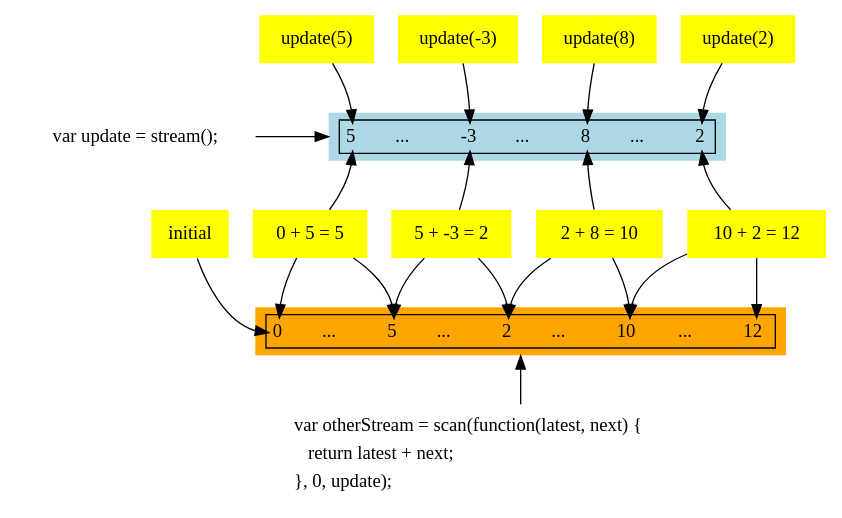
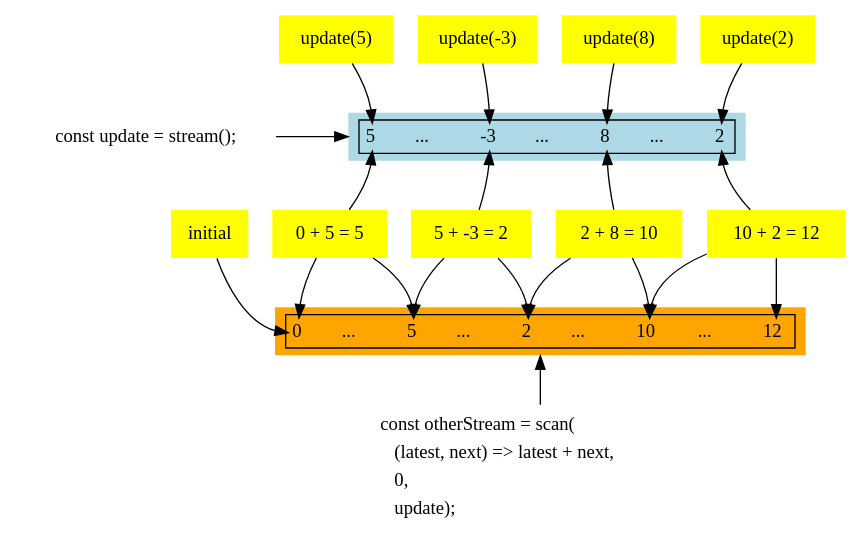
The diagram in tutorial/images/03-streams-03.dot (foxdonut/meiosis), drawn with Graphviz before and after one commit. The commit also changed 28 other files, not shown here.

```diff
--- a/tutorial/images/03-streams-03.dot
+++ b/tutorial/images/03-streams-03.dot
@@ -1,84 +1,87 @@
 digraph meiosistutorial {
-  stream [shape="none", label="var update = stream();"]
+  stream [shape="none", label="const update = stream();"]
 
   updateplus1 [shape="none", style="filled", fillcolor="yellow", label="update(5)"]
   updateplus3 [shape="none", style="filled", fillcolor="yellow", label="update(-3)"]
   updateplus4 [shape="none", style="filled", fillcolor="yellow", label="update(8)"]
   updateplus2 [shape="none", style="filled", fillcolor="yellow", label="update(2)"]
 
   thestream [shape="plaintext", style="filled", fillcolor="lightblue", label=<
     <table border="1">
       <tr>
         <td port="plusone" border="0">5</td>
         <td border="0">&nbsp;&nbsp;&nbsp;&nbsp;&nbsp;&nbsp;...&nbsp;&nbsp;&nbsp;&nbsp;&nbsp;</td>
         <td port="plusthree" border="0">-3</td>
         <td border="0">&nbsp;&nbsp;&nbsp;&nbsp;&nbsp;&nbsp;...&nbsp;&nbsp;&nbsp;&nbsp;&nbsp;</td>
         <td port="plusfour" border="0">8</td>
         <td border="0">&nbsp;&nbsp;&nbsp;&nbsp;&nbsp;&nbsp;...&nbsp;&nbsp;&nbsp;&nbsp;&nbsp;</td>
         <td port="plustwo" border="0">2</td>
       </tr>
     </table>
   >]
 
   scan [shape="plaintext", label=<
     <table border="0">
       <tr>
-        <td align='left'>var otherStream = scan(function(latest, next) {</td>
+        <td align='left'>const otherStream = scan(</td>
       </tr>
       <tr>
-        <td align='left'>    return latest + next;</td>
+        <td align='left'>    (latest, next) =&gt; latest + next,</td>
       </tr>
       <tr>
-        <td align='left'>}, 0, update);</td>
+        <td align='left'>    0,</td>
+      </tr>
+      <tr>
+        <td align='left'>    update);</td>
       </tr>
     </table>
   >]
 
   thescanstream [shape="plaintext", style="filled", fillcolor="orange", label=<
     <table border="1">
       <tr>
         <td border="0" port="initial">0</td>
         <td border="0">&nbsp;&nbsp;&nbsp;&nbsp;&nbsp;&nbsp;...&nbsp;&nbsp;&nbsp;&nbsp;&nbsp;</td>
         <td border="0" port="one">5</td>
         <td border="0">&nbsp;&nbsp;&nbsp;&nbsp;&nbsp;&nbsp;...&nbsp;&nbsp;&nbsp;&nbsp;&nbsp;</td>
         <td border="0" port="four">2</td>
         <td border="0">&nbsp;&nbsp;&nbsp;&nbsp;&nbsp;&nbsp;...&nbsp;&nbsp;&nbsp;&nbsp;&nbsp;</td>
         <td border="0" port="eight">10</td>
         <td border="0">&nbsp;&nbsp;&nbsp;&nbsp;&nbsp;&nbsp;...&nbsp;&nbsp;&nbsp;&nbsp;&nbsp;</td>
         <td border="0" port="ten">12</td>
       </tr>
     </table>
   >]
 
   scan0 [shape="none", style="filled", fillcolor="yellow", label="initial"]
   scan1 [shape="none", style="filled", fillcolor="yellow", label="0 + 5 = 5"]
   scan2 [shape="none", style="filled", fillcolor="yellow", label="5 + -3 = 2"]
   scan3 [shape="none", style="filled", fillcolor="yellow", label="2 + 8 = 10"]
   scan4 [shape="none", style="filled", fillcolor="yellow", label="10 + 2 = 12"]
 
   updateplus1 -> thestream:plusone
   updateplus3 -> thestream:plusthree
   updateplus4 -> thestream:plusfour
   updateplus2 -> thestream:plustwo
   stream -> thestream [label="        "]
 
   thescanstream -> scan [dir="back"]
 
   scan0 -> thescanstream:initial
   scan1 -> thescanstream:one
   scan2 -> thescanstream:four
   scan3 -> thescanstream:eight
   scan4 -> thescanstream:ten
 
   scan1 -> thescanstream:initial
   scan2 -> thescanstream:one
   scan3 -> thescanstream:four
   scan4 -> thescanstream:eight
 
   thestream:plusone -> scan1 [dir="back"]
   thestream:plusthree -> scan2 [dir="back"]
   thestream:plusfour -> scan3 [dir="back"]
   thestream:plustwo -> scan4 [dir="back"]
 
   {rank="same"; stream thestream}
 }
```
